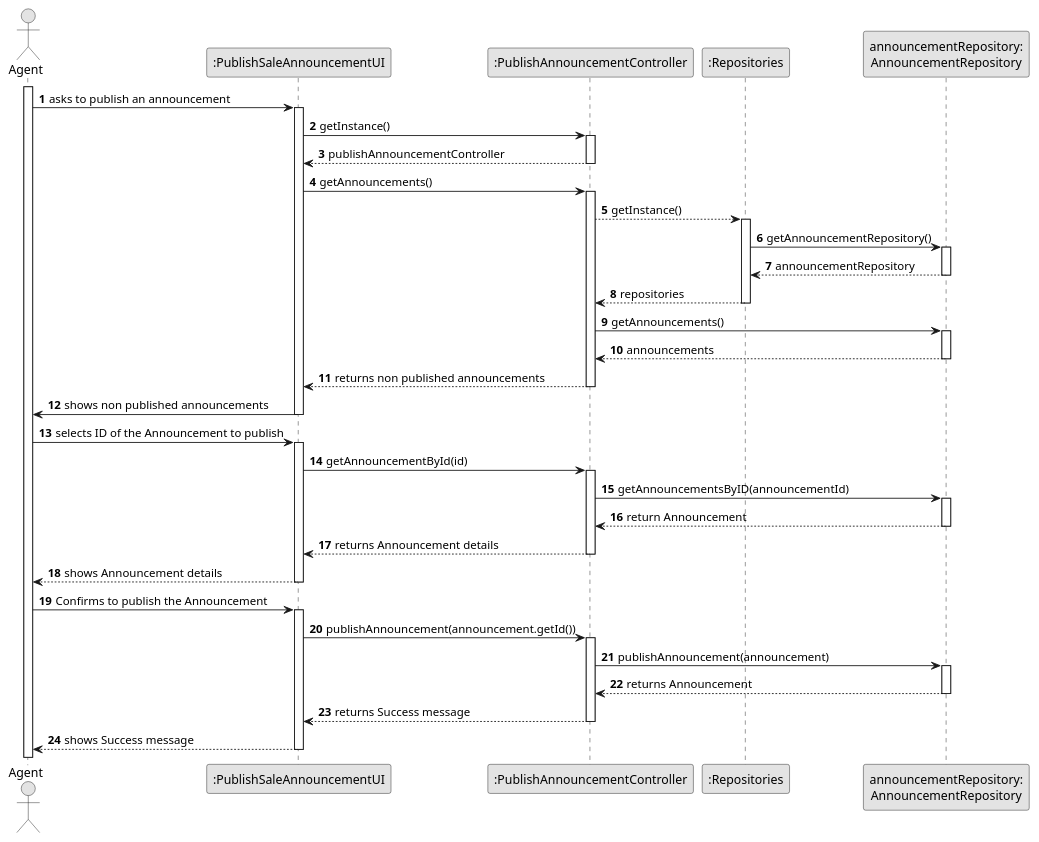
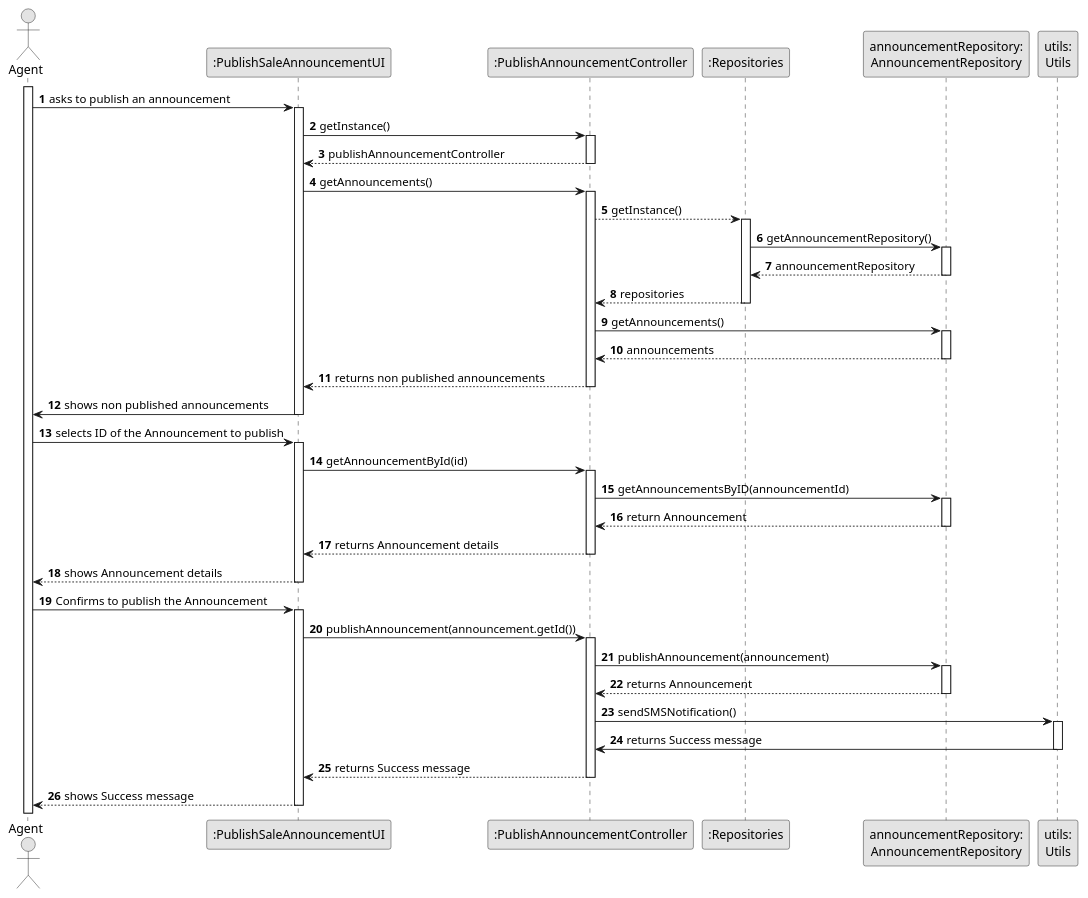
Before and after one commit to Goncalves2525/real-estate-management-system: the diagram in docs/sprintD/us002/03.design/puml/us002-sequence-diagram-full.puml, drawn with PlantUML. The commit also changed 12 other files, not shown here.

```diff
--- a/docs/sprintD/us002/03.design/puml/us002-sequence-diagram-full.puml
+++ b/docs/sprintD/us002/03.design/puml/us002-sequence-diagram-full.puml
@@ -1,90 +1,97 @@
 @startuml
 skinparam monochrome true
 skinparam packageStyle rectangle
 skinparam shadowing false
 
 autonumber
 
 'hide footbox
 actor "Agent" as AGENT
 participant ":PublishSaleAnnouncementUI" as UI
 participant ":PublishAnnouncementController" as CTRL
 participant ":Repositories" as REPO
 participant "announcementRepository:\nAnnouncementRepository" as ANNREPO
+participant "utils:\nUtils" as UTILS
 
 activate AGENT
 
 AGENT -> UI : asks to publish an announcement
 
 activate UI
 
 UI -> CTRL: getInstance()
 activate CTRL
 
     CTRL --> UI : publishAnnouncementController
     deactivate CTRL
 
     UI -> CTRL : getAnnouncements()
     activate CTRL
 
     CTRL --> REPO: getInstance()
     activate REPO
 
     REPO -> ANNREPO : getAnnouncementRepository()
     activate ANNREPO
 
     ANNREPO --> REPO: announcementRepository
     deactivate ANNREPO
 
     REPO --> CTRL : repositories
     deactivate REPO
 
     CTRL -> ANNREPO : getAnnouncements()
     activate ANNREPO
 
     ANNREPO --> CTRL: announcements
     deactivate ANNREPO
 
     CTRL --> UI : returns non published announcements
     deactivate CTRL
 
 UI -> AGENT : shows non published announcements
 deactivate UI
 
 AGENT -> UI : selects ID of the Announcement to publish
 activate UI
 
 UI -> CTRL : getAnnouncementById(id)
 activate CTRL
 
     CTRL -> ANNREPO : getAnnouncementsByID(announcementId)
     activate ANNREPO
 
     ANNREPO --> CTRL: return Announcement
     deactivate ANNREPO
 
     CTRL --> UI : returns Announcement details
 deactivate CTRL
 
 UI --> AGENT : shows Announcement details
 deactivate UI
 
 AGENT -> UI : Confirms to publish the Announcement
 activate UI
 
 UI -> CTRL : publishAnnouncement(announcement.getId())
 activate CTRL
 
     CTRL -> ANNREPO : publishAnnouncement(announcement)
     activate ANNREPO
 
     ANNREPO --> CTRL : returns Announcement
     deactivate ANNREPO
 
+    CTRL -> UTILS : sendSMSNotification()
+    activate UTILS
+
+    UTILS -> CTRL : returns Success message
+    deactivate UTILS
+
     CTRL --> UI : returns Success message
     deactivate CTRL
 
 UI --> AGENT : shows Success message
 deactivate UI
 
 @enduml
```
